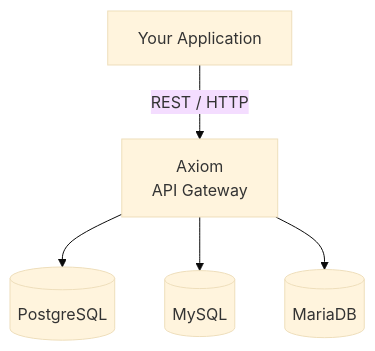
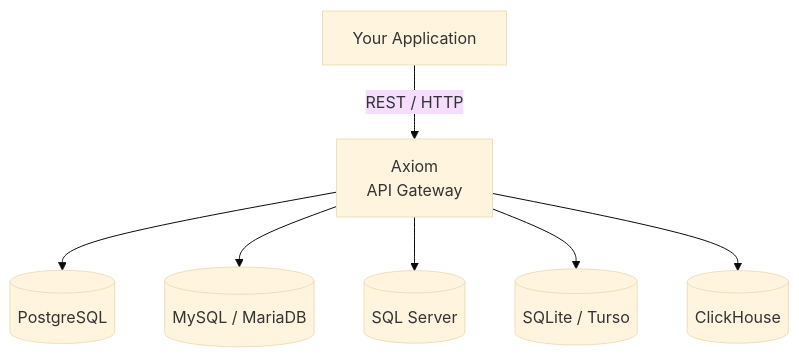
Before and after one commit to toxichome-whoami/axiom: the first of 4 diagrams in README.md, drawn with Mermaid (base theme). The commit also changed other lines of this file and 19 other files, not shown here.

````diff
--- a/README.md
+++ b/README.md
@@ -38,7 +38,9 @@
 ```mermaid
 flowchart TD
     A["Your Application"] -->|REST / HTTP| B["Axiom\nAPI Gateway"]
     B --> C[("PostgreSQL")]
-    B --> D[("MySQL")]
-    B --> E[("MariaDB")]
+    B --> D[("MySQL / MariaDB")]
+    B --> E[("SQL Server")]
+    B --> F[("SQLite / Turso")]
+    B --> G[("ClickHouse")]
 ```
````
